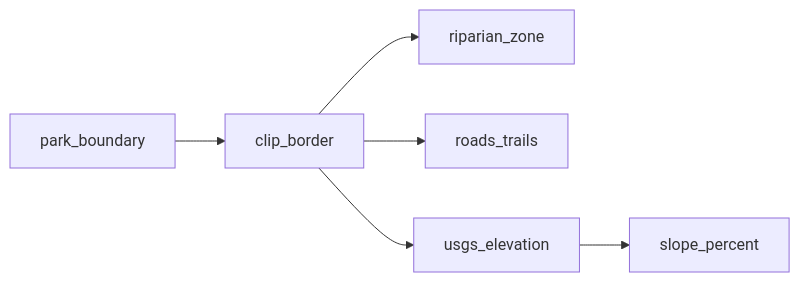
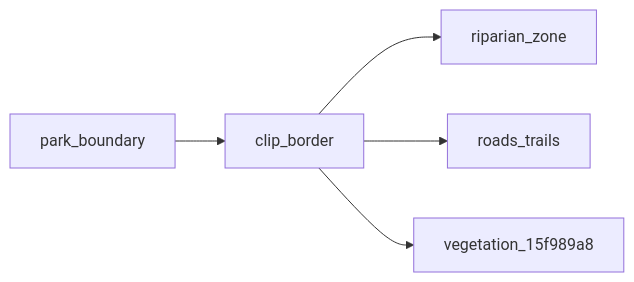
Before and after one commit to kielni/alidade: the diagram in projects/goats/README.md, drawn with Mermaid. The commit also changed other lines of this file and 16 other files, not shown here.

````diff
--- a/projects/goats/README.md
+++ b/projects/goats/README.md
@@ -59,8 +52,7 @@
 ```mermaid
 flowchart LR
     park_boundary --> clip_border
     clip_border --> riparian_zone
     clip_border --> roads_trails
-    usgs_elevation --> slope_percent
-    clip_border --> usgs_elevation
+    clip_border --> vegetation_15f989a8
 ```
````
